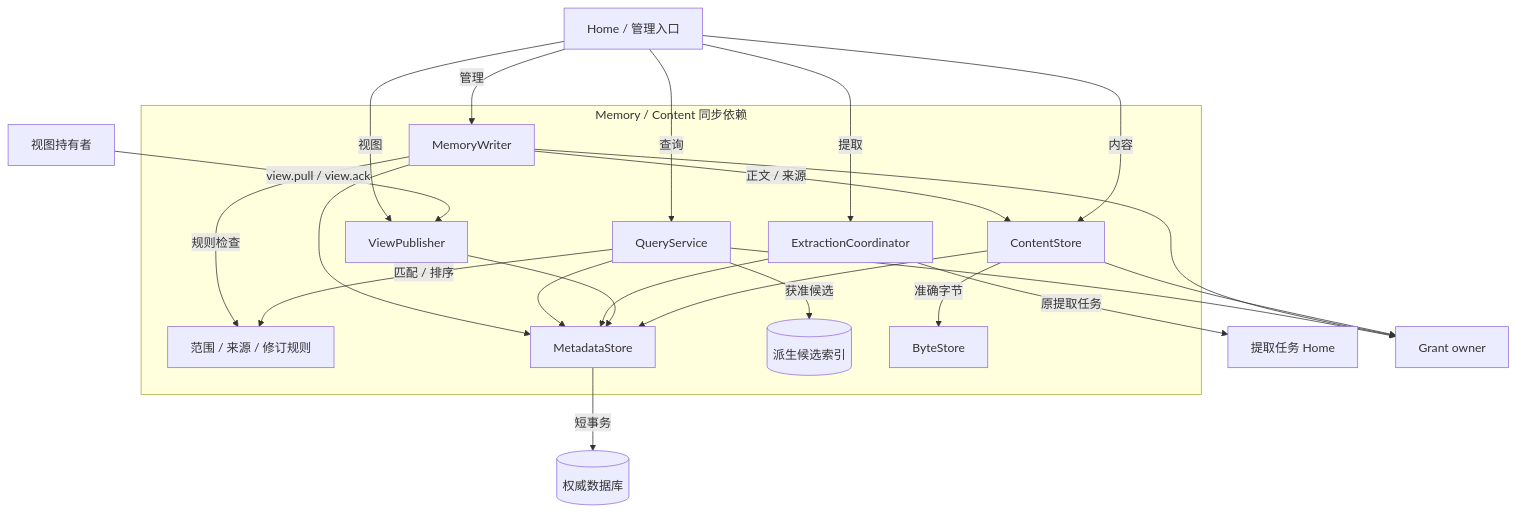
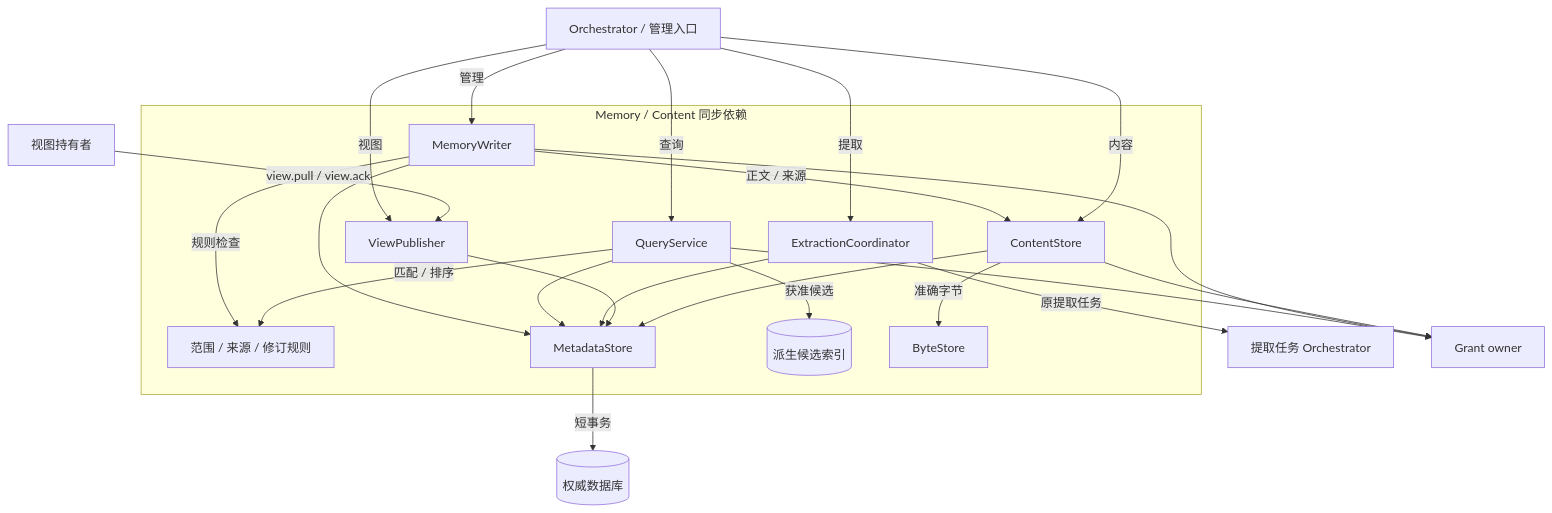
Before and after one commit to ruipengliu/lerna: the first of 8 diagrams in docs/architecture/memory/implementation.md, drawn with Mermaid. The commit also changed other lines of this file and 174 other files, not shown here.

````diff
--- a/docs/architecture/memory/implementation.md
+++ b/docs/architecture/memory/implementation.md
@@ -26,37 +26,37 @@
 ```mermaid
 flowchart TB
-    U[Home / 管理入口]
+    U[Orchestrator / 管理入口]
     R[视图持有者]
     subgraph M[Memory / Content 同步依赖]
       W[MemoryWriter]
       Q[QueryService]
       E[ExtractionCoordinator]
       V[ViewPublisher]
       C[ContentStore]
       FQ[范围 / 来源 / 修订规则]
       S[MetadataStore]
       X[(派生候选索引)]
       B[ByteStore]
       W --> S
       W -->|规则检查| FQ
       W -->|正文 / 来源| C
       Q --> S
       Q -->|匹配 / 排序| FQ
       Q -->|获准候选| X
       E --> S
       V --> S
       C --> S
       C -->|准确字节| B
     end
     U -->|管理| W
     U -->|查询| Q
     U -->|提取| E
     U -->|视图| V
     U -->|内容| C
     R -->|view.pull / view.ack| V
-    E -->|原提取任务| H[提取任务 Home]
+    E -->|原提取任务| H[提取任务 Orchestrator]
     Q --> G[Grant owner]
     W --> G
     C --> G
     S -->|短事务| DB[(权威数据库)]
 ```
````
